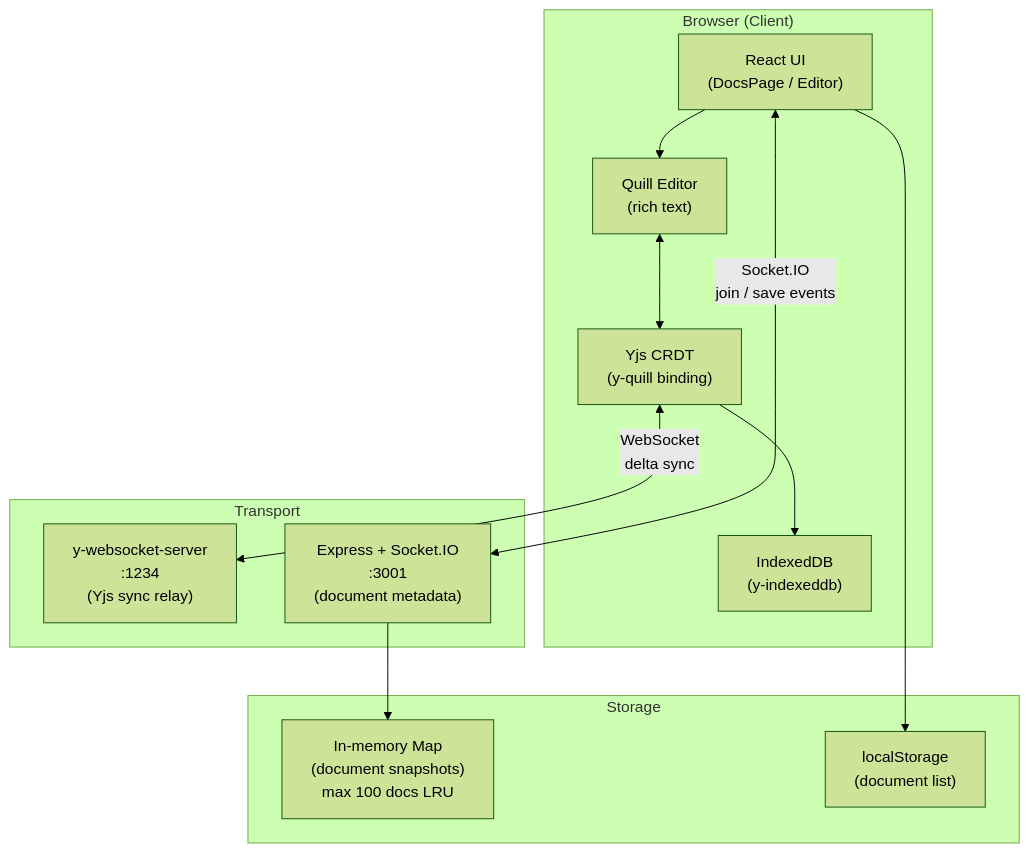
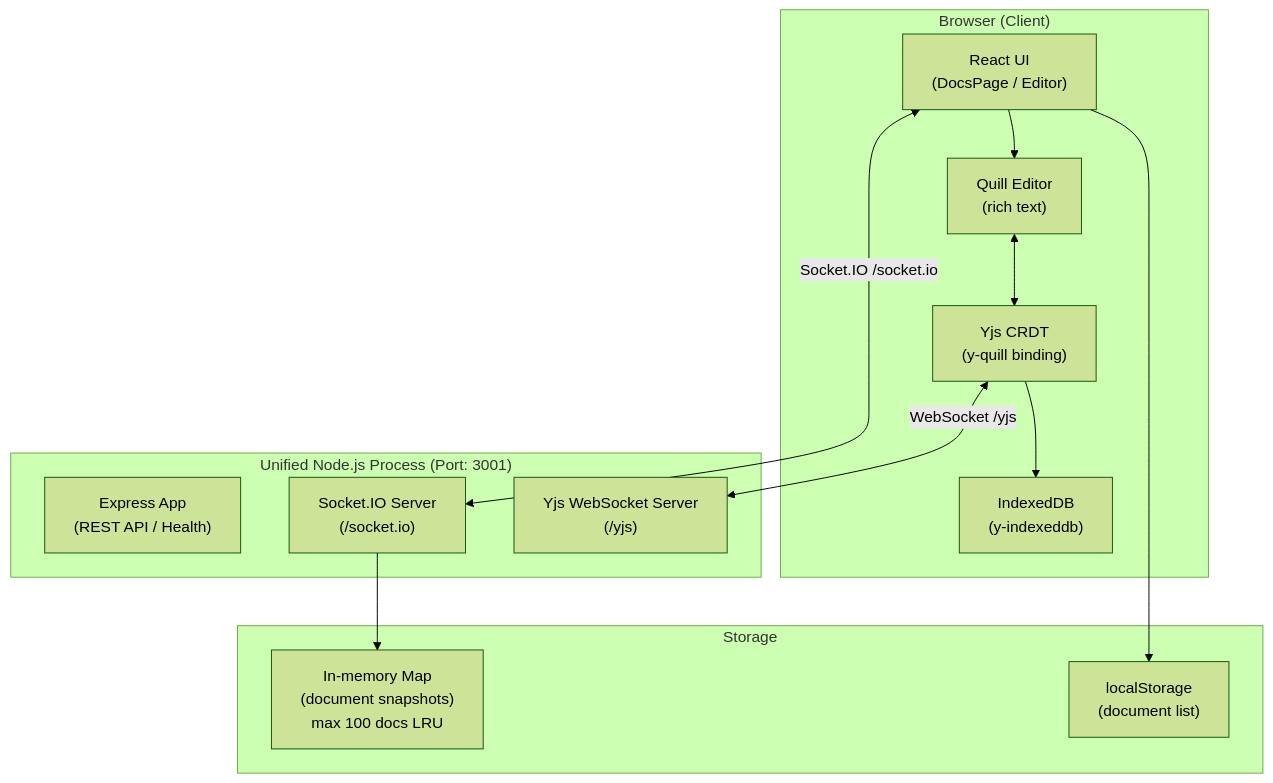
Before and after one commit to Bhavadharani412/collaborative-text-editor: the diagram in README.md, drawn with Mermaid (forest theme). The commit also changed other lines of this file and 3 other files, not shown here.

Commit message:
feat: integrate Yjs WebSocket server into Express/Socket.IO process

````diff
--- a/README.md
+++ b/README.md
@@ -32,29 +32,30 @@
 ```mermaid
 graph TD
     subgraph Browser ["Browser (Client)"]
         UI["React UI\n(DocsPage / Editor)"]
         Q["Quill Editor\n(rich text)"]
         YJ["Yjs CRDT\n(y-quill binding)"]
         IDB["IndexedDB\n(y-indexeddb)"]
 
         UI --> Q
         Q <--> YJ
         YJ --> IDB
     end
 
-    subgraph Transport
-        WS["y-websocket-server\n:1234\n(Yjs sync relay)"]
-        EX["Express + Socket.IO\n:3001\n(document metadata)"]
+    subgraph Transport ["Unified Node.js Process (Port: 3001)"]
+        EX["Express App\n(REST API / Health)"]
+        SIO["Socket.IO Server\n(/socket.io)"]
+        YWS["Yjs WebSocket Server\n(/yjs)"]
     end
 
-    YJ <-->|"WebSocket\ndelta sync"| WS
-    UI <-->|"Socket.IO\njoin / save events"| EX
+    YJ <-->|"WebSocket /yjs"| YWS
+    UI <-->|"Socket.IO /socket.io"| SIO
 
     subgraph Storage
         MEM["In-memory Map\n(document snapshots)\nmax 100 docs LRU"]
         LS["localStorage\n(document list)"]
     end
 
-    EX --> MEM
+    SIO --> MEM
     UI --> LS
 ```
````
